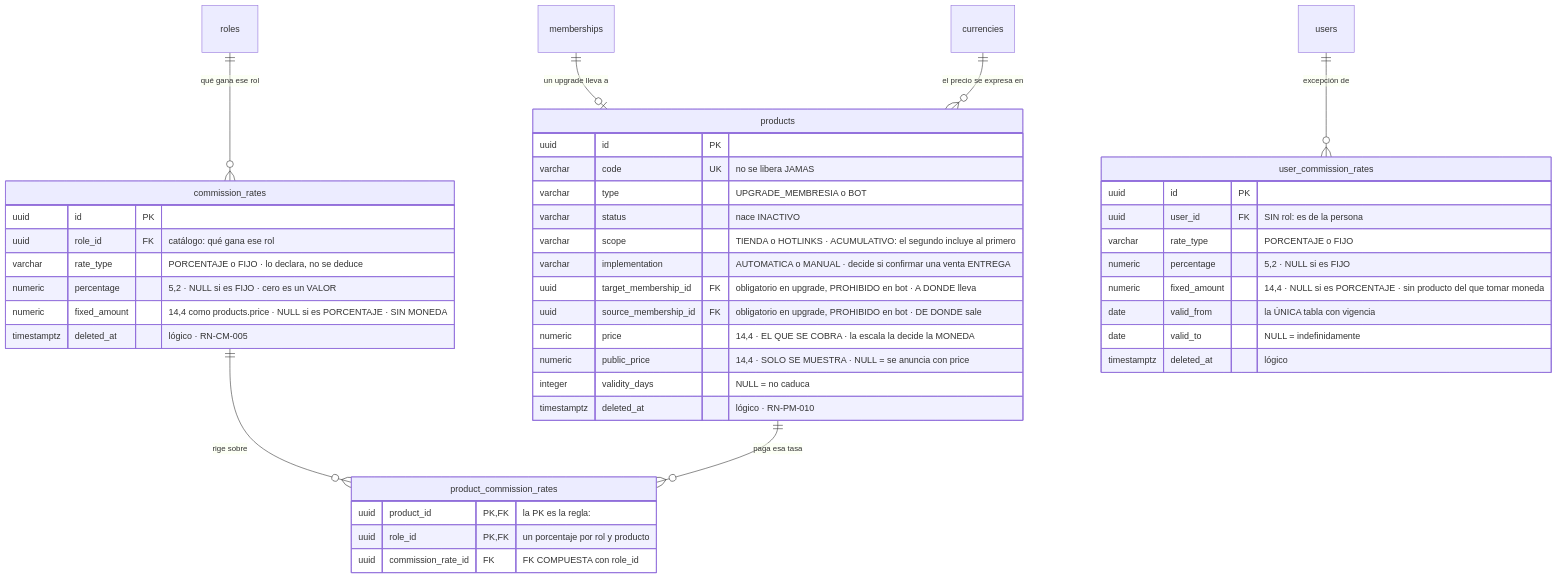
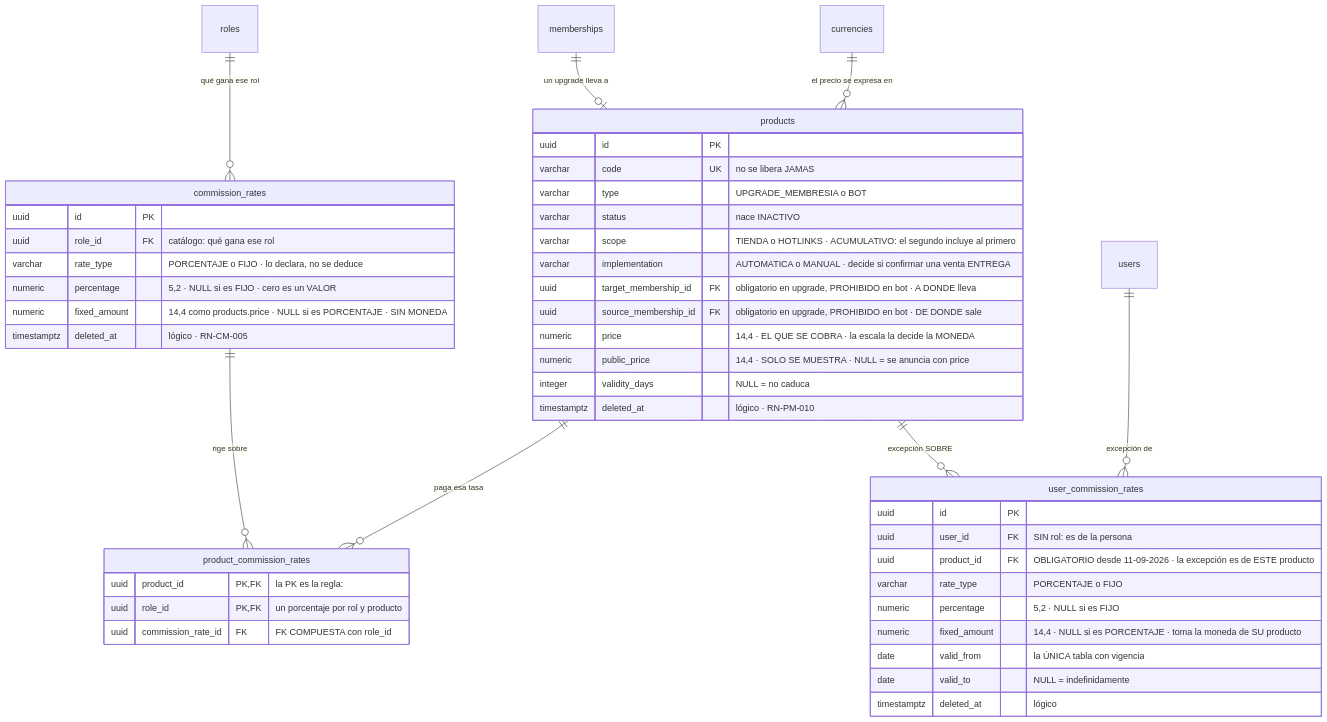
One commit to NexusPro-Dev/backend changed the fourth of 5 diagrams in docs/modelo-datos.md. Above: the diagram before and after it, drawn with Mermaid. The commit also changed other lines of this file and 31 other files, not shown here.

````diff
--- a/docs/modelo-datos.md
+++ b/docs/modelo-datos.md
@@ -430,51 +430,53 @@
 ```mermaid
 erDiagram
     memberships ||--o| products : "un upgrade lleva a"
     currencies  ||--o{ products : "el precio se expresa en"
 
     roles    ||--o{ commission_rates : "qué gana ese rol"
     commission_rates ||--o{ product_commission_rates : "rige sobre"
     products ||--o{ product_commission_rates : "paga esa tasa"
     users    ||--o{ user_commission_rates : "excepción de"
+    products ||--o{ user_commission_rates : "excepción SOBRE"
 
     products {
         uuid id PK
         varchar code UK "no se libera JAMAS"
         varchar type "UPGRADE_MEMBRESIA o BOT"
         varchar status "nace INACTIVO"
         varchar scope "TIENDA o HOTLINKS · ACUMULATIVO: el segundo incluye al primero"
         varchar implementation "AUTOMATICA o MANUAL · decide si confirmar una venta ENTREGA"
         uuid target_membership_id FK "obligatorio en upgrade, PROHIBIDO en bot · A DONDE lleva"
         uuid source_membership_id FK "obligatorio en upgrade, PROHIBIDO en bot · DE DONDE sale"
         numeric price "14,4 · EL QUE SE COBRA · la escala la decide la MONEDA"
         numeric public_price "14,4 · SOLO SE MUESTRA · NULL = se anuncia con price"
         integer validity_days "NULL = no caduca"
         timestamptz deleted_at "lógico · RN-PM-010"
     }
 
     commission_rates {
         uuid id PK
         uuid role_id FK "catálogo: qué gana ese rol"
         varchar rate_type "PORCENTAJE o FIJO · lo declara, no se deduce"
         numeric percentage "5,2 · NULL si es FIJO · cero es un VALOR"
         numeric fixed_amount "14,4 como products.price · NULL si es PORCENTAJE · SIN MONEDA"
         timestamptz deleted_at "lógico · RN-CM-005"
     }
 
     product_commission_rates {
         uuid product_id PK,FK "la PK es la regla:"
         uuid role_id PK,FK "un porcentaje por rol y producto"
         uuid commission_rate_id FK "FK COMPUESTA con role_id"
     }
 
     user_commission_rates {
         uuid id PK
         uuid user_id FK "SIN rol: es de la persona"
+        uuid product_id FK "OBLIGATORIO desde 11-09-2026 · la excepción es de ESTE producto"
         varchar rate_type "PORCENTAJE o FIJO"
         numeric percentage "5,2 · NULL si es FIJO"
-        numeric fixed_amount "14,4 · NULL si es PORCENTAJE · sin producto del que tomar moneda"
+        numeric fixed_amount "14,4 · NULL si es PORCENTAJE · toma la moneda de SU producto"
         date valid_from "la ÚNICA tabla con vigencia"
         date valid_to "NULL = indefinidamente"
         timestamptz deleted_at "lógico"
     }
 ```
````
